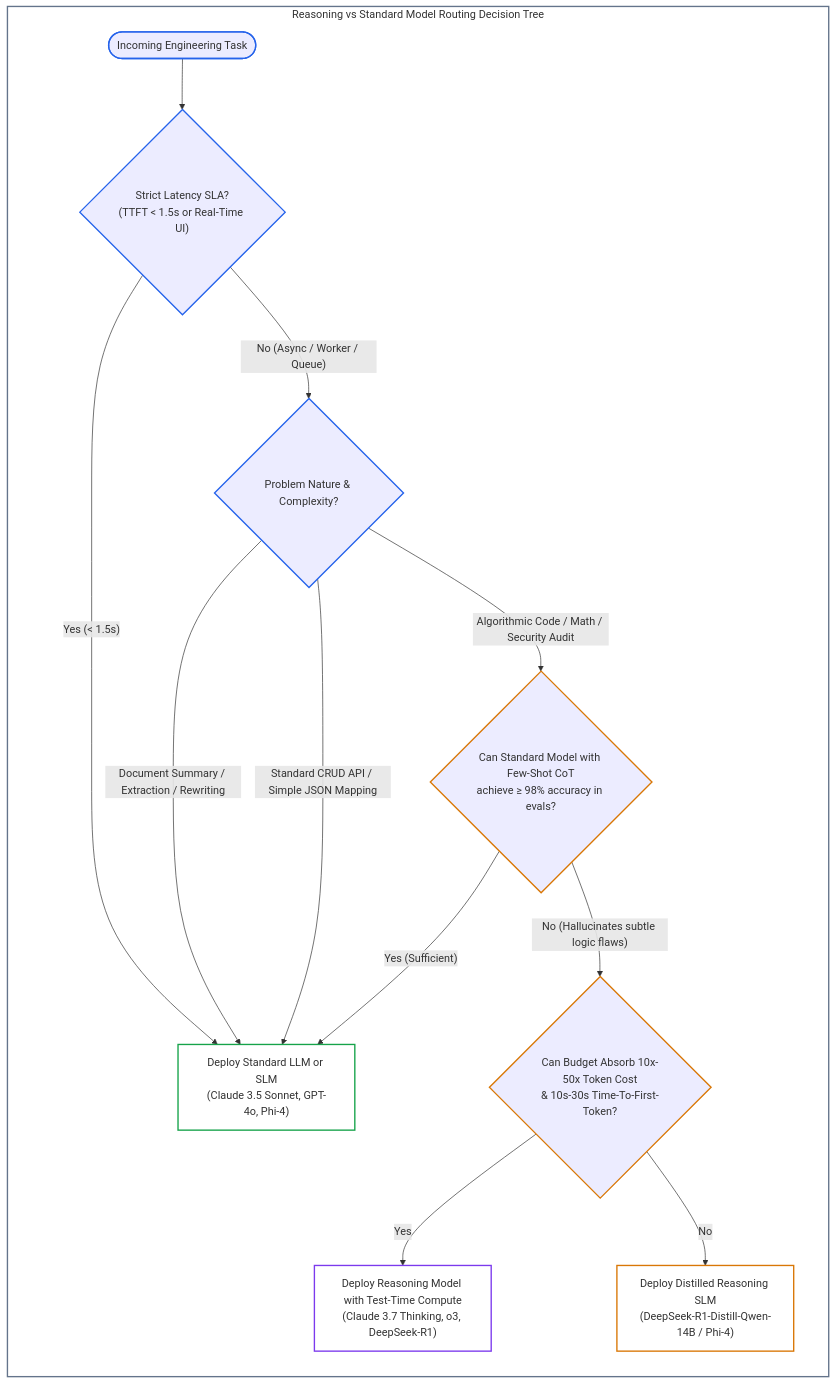
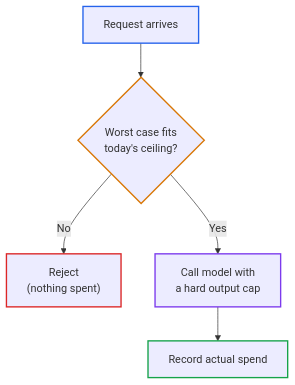
One commit to dip4k/senior-engineer-to-ai-engineer-roadmap changed the third of 3 diagrams in 00-foundations-and-token-mechanics/04-test-time-compute-and-reasoning-models.md. Above: the diagram before and after it, drawn with Mermaid. The commit also changed other lines of this file and 49 other files, not shown here.

````diff
--- a/00-foundations-and-token-mechanics/04-test-time-compute-and-reasoning-models.md
+++ b/00-foundations-and-token-mechanics/04-test-time-compute-and-reasoning-models.md
@@ -379,33 +125,13 @@
 ```mermaid
 flowchart TD
-    subgraph ROUTER["Reasoning vs Standard Model Routing Decision Tree"]
-        direction TB
+    R["Request arrives"] --> W{"Worst case fits<br>today's ceiling?"}
+    W -- "No" --> X["Reject<br>(nothing spent)"]
+    W -- "Yes" --> C["Call model with<br>a hard output cap"]
+    C --> L["Record actual spend"]
 
-        Start(["Incoming Engineering Task"]) --> LatencyCheck{"Strict Latency SLA?<br>(TTFT < 1.5s or Real-Time UI)"}
-        
-        LatencyCheck -- "Yes (< 1.5s)" --> FastPath["Deploy Standard LLM or SLM<br>(Claude 3.5 Sonnet, GPT-4o, Phi-4)"]
-        LatencyCheck -- "No (Async / Worker / Queue)" --> TaskType{"Problem Nature & Complexity?"}
-        
-        TaskType -- "Document Summary / Extraction / Rewriting" --> FastPath
-        TaskType -- "Standard CRUD API / Simple JSON Mapping" --> FastPath
-        
-        TaskType -- "Algorithmic Code / Math / Security Audit" --> AccuracyCheck{"Can Standard Model with Few-Shot CoT<br>achieve ≥ 98% accuracy in evals?"}
-        
-        AccuracyCheck -- "Yes (Sufficient)" --> FastPath
-        AccuracyCheck -- "No (Hallucinates subtle logic flaws)" --> BudgetCheck{"Can Budget Absorb 10x-50x Token Cost<br>& 10s-30s Time-To-First-Token?"}
-        
-        BudgetCheck -- "Yes" --> ReasoningTier["Deploy Reasoning Model with Test-Time Compute<br>(Claude 3.7 Thinking, o3, DeepSeek-R1)"]
-        BudgetCheck -- "No" --> DistillTier["Deploy Distilled Reasoning SLM<br>(DeepSeek-R1-Distill-Qwen-14B / Phi-4)"]
-    end
-
-    style ROUTER fill:none,stroke:#64748b,stroke-width:2px
-    style FastPath fill:none,stroke:#16a34a,stroke-width:2px
-    style ReasoningTier fill:none,stroke:#7c3aed,stroke-width:2px
-    style DistillTier fill:none,stroke:#d97706,stroke-width:2px
-
-    style Start stroke:#2563eb,stroke-width:2px
-    style LatencyCheck stroke:#2563eb,stroke-width:2px
-    style TaskType stroke:#2563eb,stroke-width:2px
-    style AccuracyCheck stroke:#d97706,stroke-width:2px
-    style BudgetCheck stroke:#d97706,stroke-width:2px
+    style R stroke:#2563eb,stroke-width:2px
+    style W stroke:#d97706,stroke-width:2px
+    style X stroke:#dc2626,stroke-width:2px
+    style C stroke:#7c3aed,stroke-width:2px
+    style L stroke:#16a34a,stroke-width:2px
 ```
````
